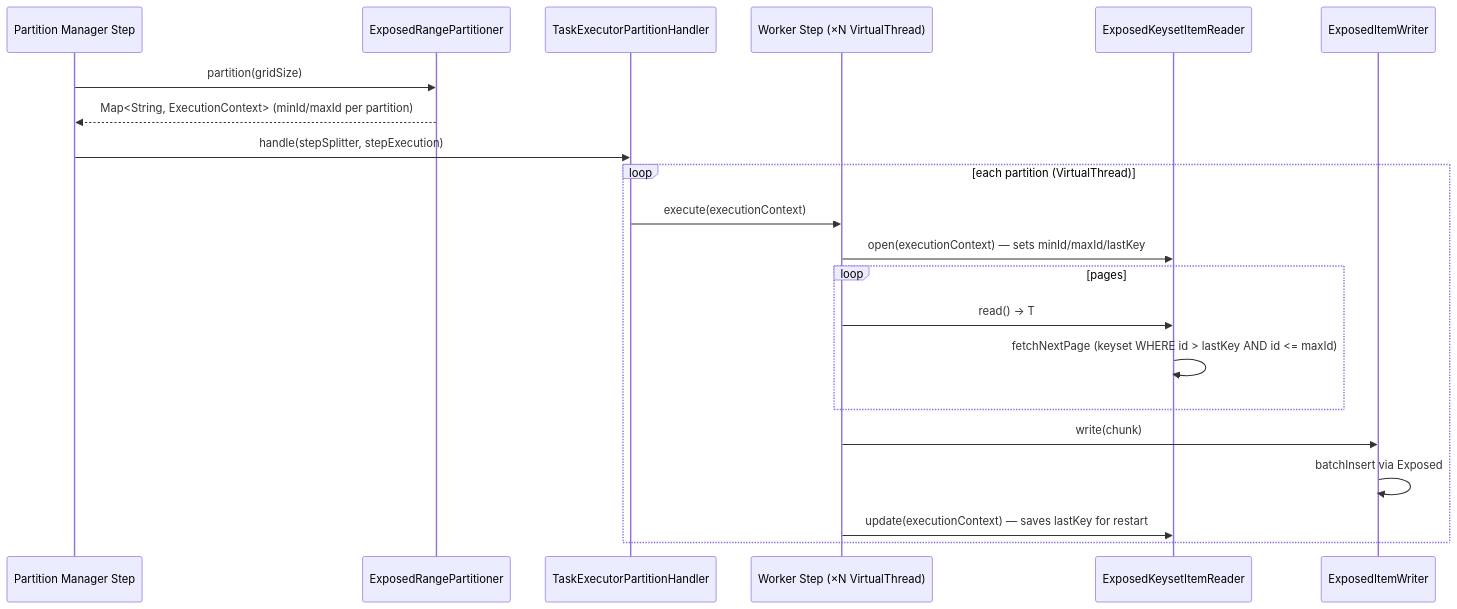
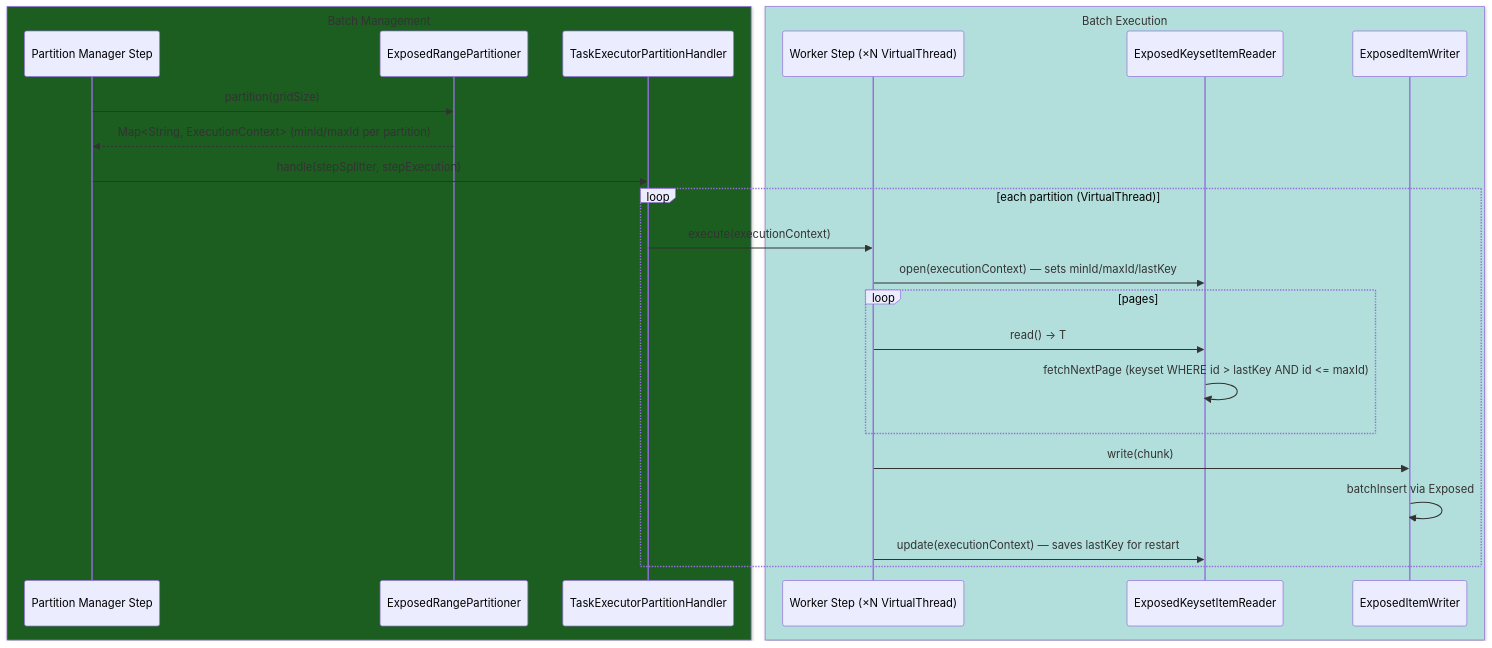
The second of 3 diagrams in spring-boot3/batch-exposed/README.md (bluetape4k/bluetape4k-projects), drawn with Mermaid before and after one commit. The commit also changed other lines of this file and 221 other files, not shown here.

First line of the commit message:
docs: 전체 모듈 README UML 다이어그램 보강 및 색상 업그레이드

````diff
--- a/spring-boot3/batch-exposed/README.md
+++ b/spring-boot3/batch-exposed/README.md
@@ -64,24 +74,28 @@
 ```mermaid
 sequenceDiagram
-    participant Manager as Partition Manager Step
-    participant Partitioner as ExposedRangePartitioner
-    participant Handler as TaskExecutorPartitionHandler
-    participant Worker as Worker Step (×N VirtualThread)
-    participant Reader as ExposedKeysetItemReader
-    participant Writer as ExposedItemWriter
+    box rgb(27,94,32) Batch Management
+        participant Manager as Partition Manager Step
+        participant Partitioner as ExposedRangePartitioner
+        participant Handler as TaskExecutorPartitionHandler
+    end
+    box rgb(178,223,219) Batch Execution
+        participant Worker as Worker Step (×N VirtualThread)
+        participant Reader as ExposedKeysetItemReader
+        participant Writer as ExposedItemWriter
+    end
 
     Manager->>Partitioner: partition(gridSize)
     Partitioner-->>Manager: Map<String, ExecutionContext> (minId/maxId per partition)
     Manager->>Handler: handle(stepSplitter, stepExecution)
     loop each partition (VirtualThread)
         Handler->>Worker: execute(executionContext)
         Worker->>Reader: open(executionContext) — sets minId/maxId/lastKey
         loop pages
             Worker->>Reader: read() → T
             Reader->>Reader: fetchNextPage (keyset WHERE id > lastKey AND id <= maxId)
         end
         Worker->>Writer: write(chunk)
         Writer->>Writer: batchInsert via Exposed
         Worker->>Reader: update(executionContext) — saves lastKey for restart
     end
 ```
````
